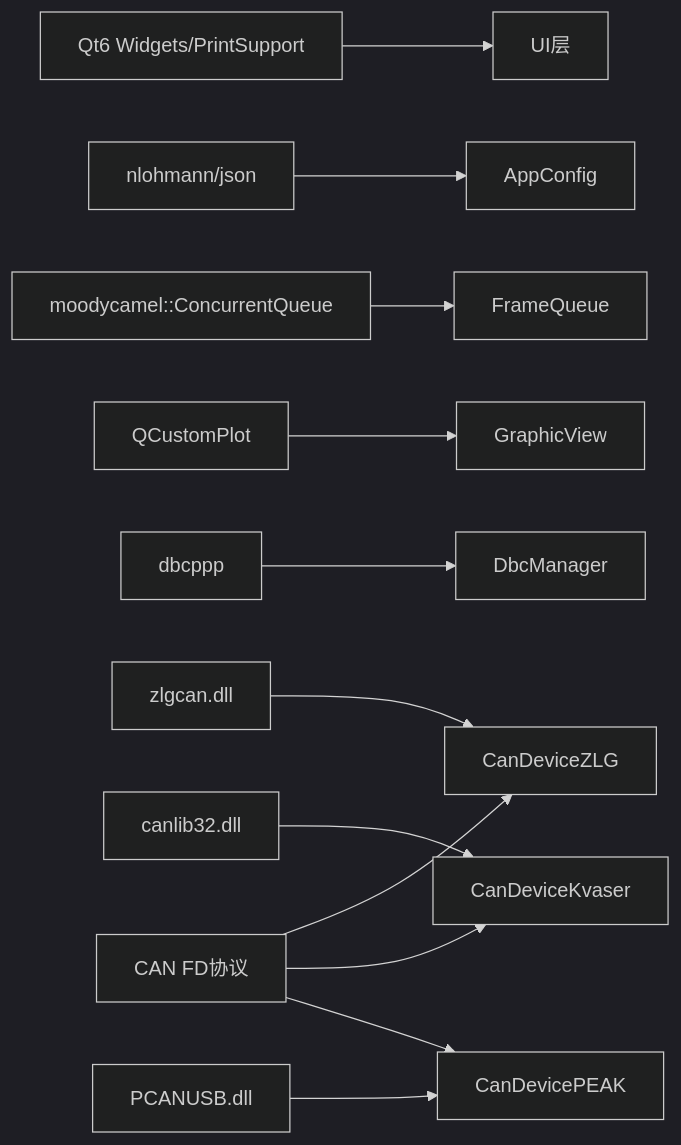
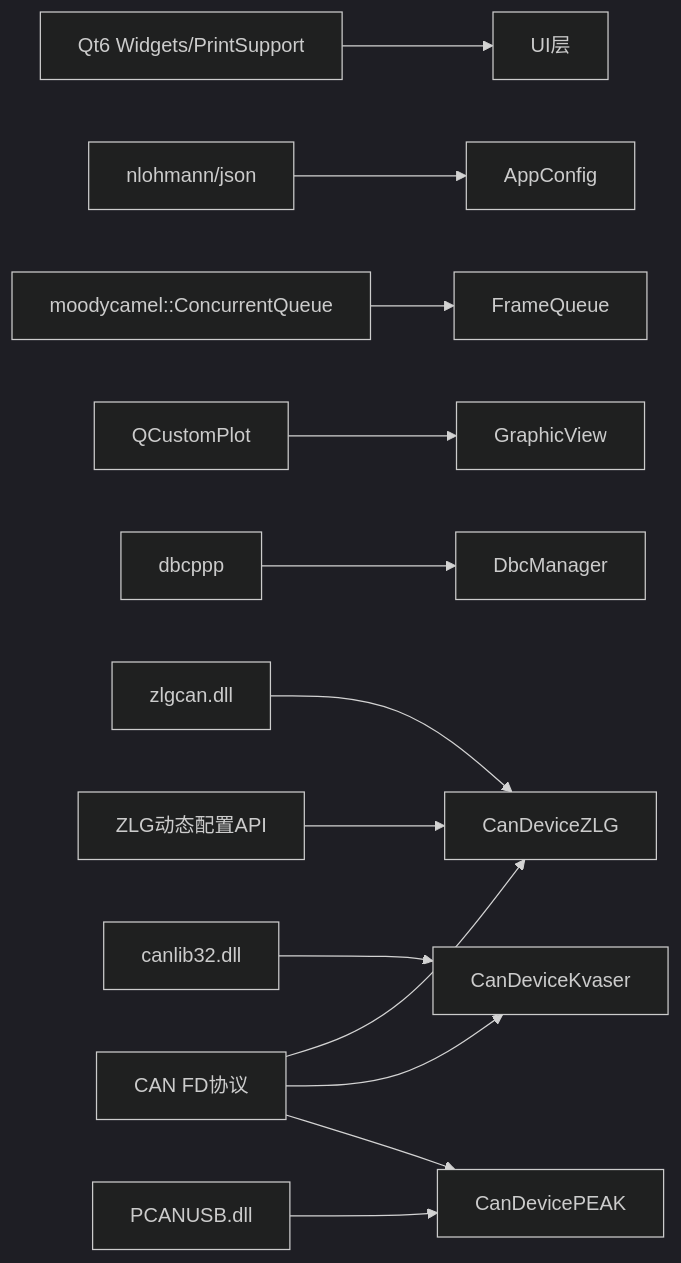
One commit to jakecai1225-design/OpenBus changed diagram 11 of 11 in .qoder/repowiki/zh/content/核心模块详解/CAN设备管理系统.md. Above: the diagram before and after it, drawn with Mermaid (dark theme). The commit also changed other lines of this file and 22 other files, not shown here.

Commit message:
trace graphic

````diff
--- a/.qoder/repowiki/zh/content/核心模块详解/CAN设备管理系统.md
+++ b/.qoder/repowiki/zh/content/核心模块详解/CAN设备管理系统.md
@@ -574,14 +627,15 @@
 ```mermaid
 graph LR
 Qt["Qt6 Widgets/PrintSupport"] --> UI["UI层"]
 JSON["nlohmann/json"] --> CFG["AppConfig"]
 MQ["moodycamel::ConcurrentQueue"] --> Q["FrameQueue"]
 QCP["QCustomPlot"] --> GV["GraphicView"]
 DBCPP["dbcppp"] --> DM["DbcManager"]
 ZLG["zlgcan.dll"] --> ZLGDRV["CanDeviceZLG"]
 KVASER["canlib32.dll"] --> KVASERDRV["CanDeviceKvaser"]
 PEAK["PCANUSB.dll"] --> PEAKDRV["CanDevicePEAK"]
 CFD["CAN FD协议"] --> ZLGDRV
 CFD --> KVASERDRV
 CFD --> PEAKDRV
+ZCFG["ZLG动态配置API"] --> ZLGDRV
 ```
````
